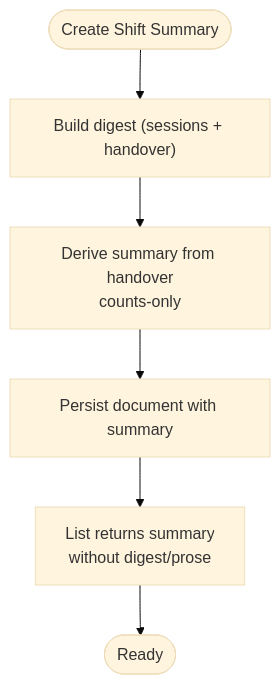
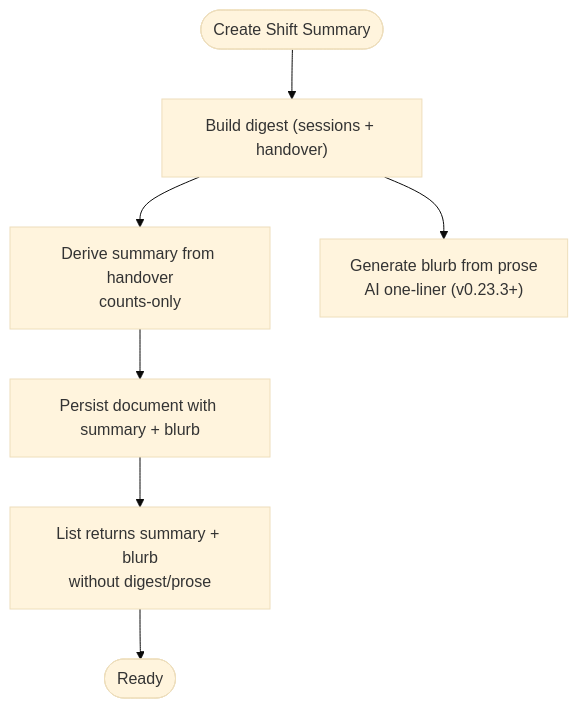
One commit to metasync/luban-aiops changed the third of 7 diagrams in .qoder/repowiki/en/content/Architecture Documentation/SPEC-041_ Documents Readability and Digest Reference.md. Above: the diagram before and after it, drawn with Mermaid (base theme). The commit also changed other lines of this file and 11 other files, not shown here.

````diff
--- a/.qoder/repowiki/en/content/Architecture Documentation/SPEC-041_ Documents Readability and Digest Reference.md
+++ b/.qoder/repowiki/en/content/Architecture Documentation/SPEC-041_ Documents Readability and Digest Reference.md
@@ -132,8 +135,9 @@
 ```mermaid
 flowchart TD
 Start(["Create Shift Summary"]) --> BuildDigest["Build digest (sessions + handover)"]
 BuildDigest --> DeriveSummary["Derive summary from handover<br/>counts-only"]
-DeriveSummary --> Persist["Persist document with summary"]
-Persist --> ListEnvelope["List returns summary<br/>without digest/prose"]
+BuildDigest --> GenerateBlurb["Generate blurb from prose<br/>AI one-liner (v0.23.3+)"]
+DeriveSummary --> Persist["Persist document with summary + blurb"]
+Persist --> ListEnvelope["List returns summary + blurb<br/>without digest/prose"]
 ListEnvelope --> End(["Ready"])
 ```
````
